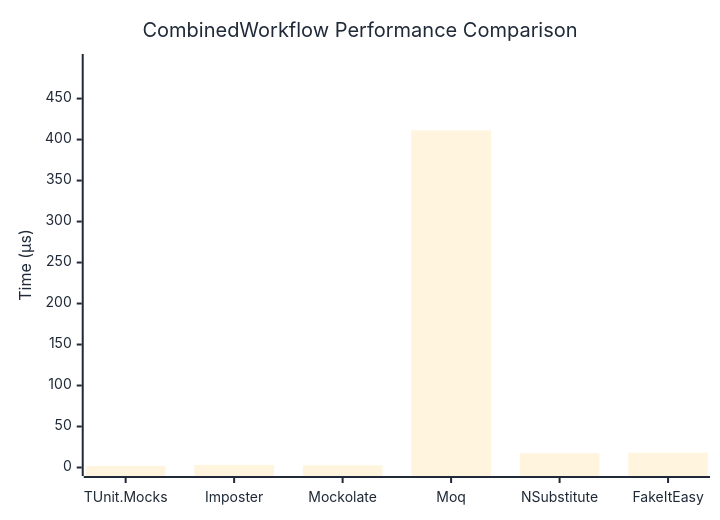
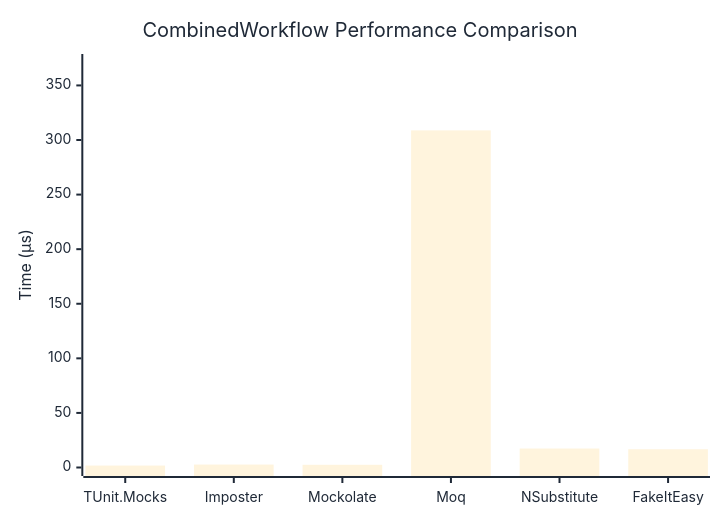
Before and after one commit to thomhurst/TUnit: the diagram in docs/docs/benchmarks/mocks/CombinedWorkflow.md, drawn with Mermaid. The commit also changed other lines of this file and 14 other files, not shown here.

````diff
--- a/docs/docs/benchmarks/mocks/CombinedWorkflow.md
+++ b/docs/docs/benchmarks/mocks/CombinedWorkflow.md
@@ -28,27 +28,27 @@
 ```mermaid
 %%{init: {
   'theme':'base',
   'themeVariables': {
     'primaryColor': '#2563eb',
     'primaryTextColor': '#1f2937',
     'primaryBorderColor': '#1e40af',
     'lineColor': '#6b7280',
     'secondaryColor': '#7c3aed',
     'tertiaryColor': '#dc2626',
     'background': '#ffffff',
     'pie1': '#2563eb',
     'pie2': '#7c3aed',
     'pie3': '#dc2626',
     'pie4': '#f59e0b',
     'pie5': '#10b981',
     'pie6': '#06b6d4',
     'pie7': '#ec4899',
     'pie8': '#6366f1'
   }
 }}%%
 xychart-beta
   title "CombinedWorkflow Performance Comparison"
   x-axis ["TUnit.Mocks", "Imposter", "Mockolate", "Moq", "NSubstitute", "FakeItEasy"]
-  y-axis "Time (μs)" 0 --> 494
-  bar [1.999, 3.223, 2.685, 411.255, 17.521, 18.031]
+  y-axis "Time (μs)" 0 --> 371
+  bar [1.781, 2.683, 2.476, 308.809, 17.382, 16.731]
 ```
````
